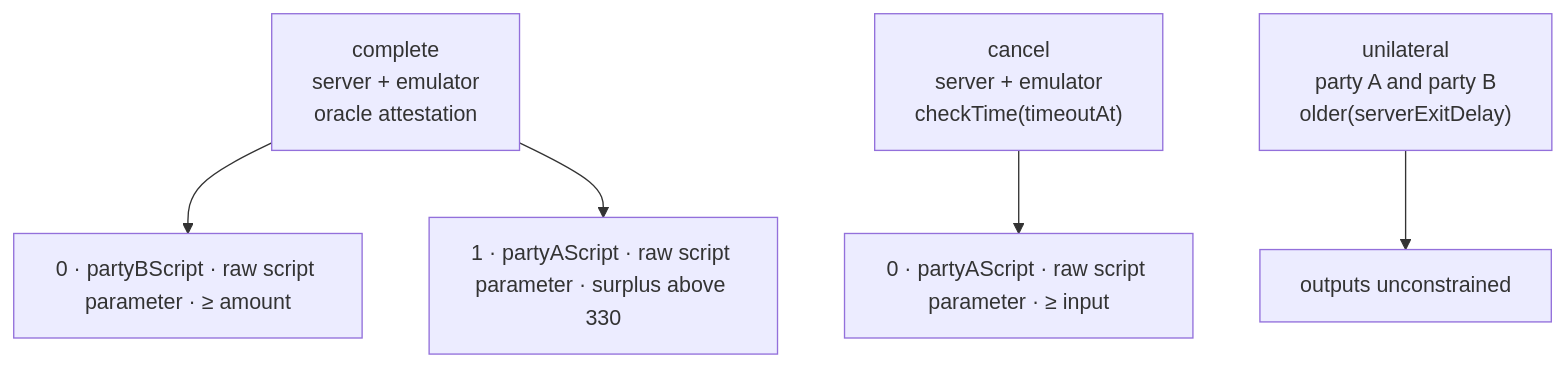
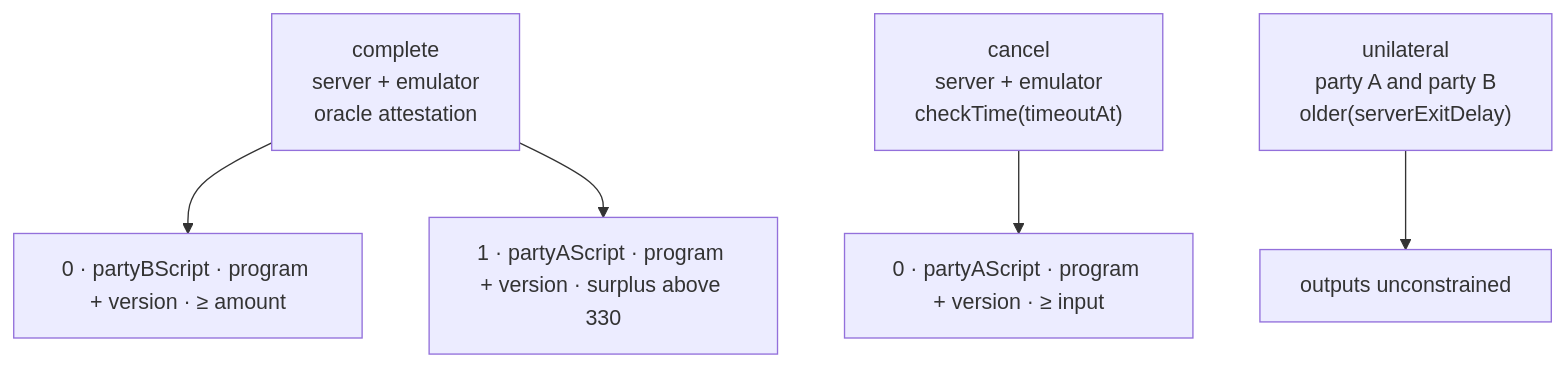
The diagram in examples/escrow/escrow.md (arkade-os/compiler), drawn with Mermaid before and after one commit. The commit also changed other lines of this file and 6 other files, not shown here.

````diff
--- a/examples/escrow/escrow.md
+++ b/examples/escrow/escrow.md
@@ -5,11 +5,11 @@
 ```mermaid
 flowchart TD
   complete["complete<br/>server + emulator<br/>oracle attestation"]
   cancel["cancel<br/>server + emulator<br/>checkTime(timeoutAt)"]
   unilateral["unilateral<br/>party A and party B<br/>older(serverExitDelay)"]
 
-  complete --> b0["0 · partyBScript · raw script parameter · ≥ amount"]
-  complete --> a1["1 · partyAScript · raw script parameter · surplus above 330"]
-  cancel --> a0["0 · partyAScript · raw script parameter · ≥ input"]
+  complete --> b0["0 · partyBScript · program + version · ≥ amount"]
+  complete --> a1["1 · partyAScript · program + version · surplus above 330"]
+  cancel --> a0["0 · partyAScript · program + version · ≥ input"]
   unilateral --> free["outputs unconstrained"]
 ```
````
